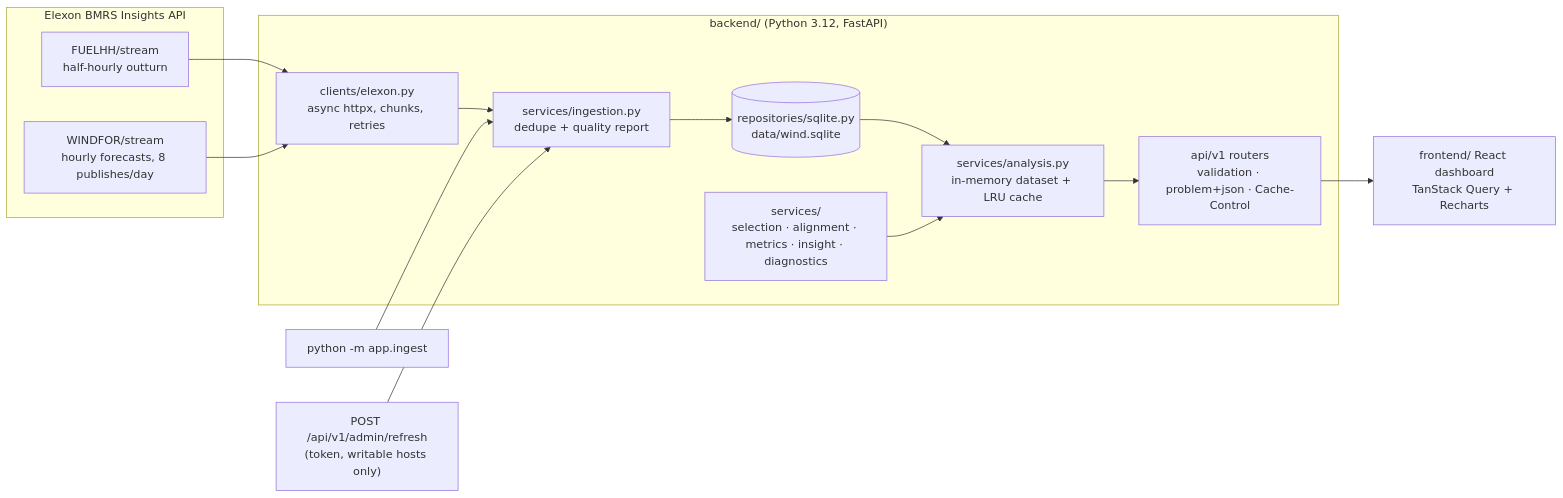
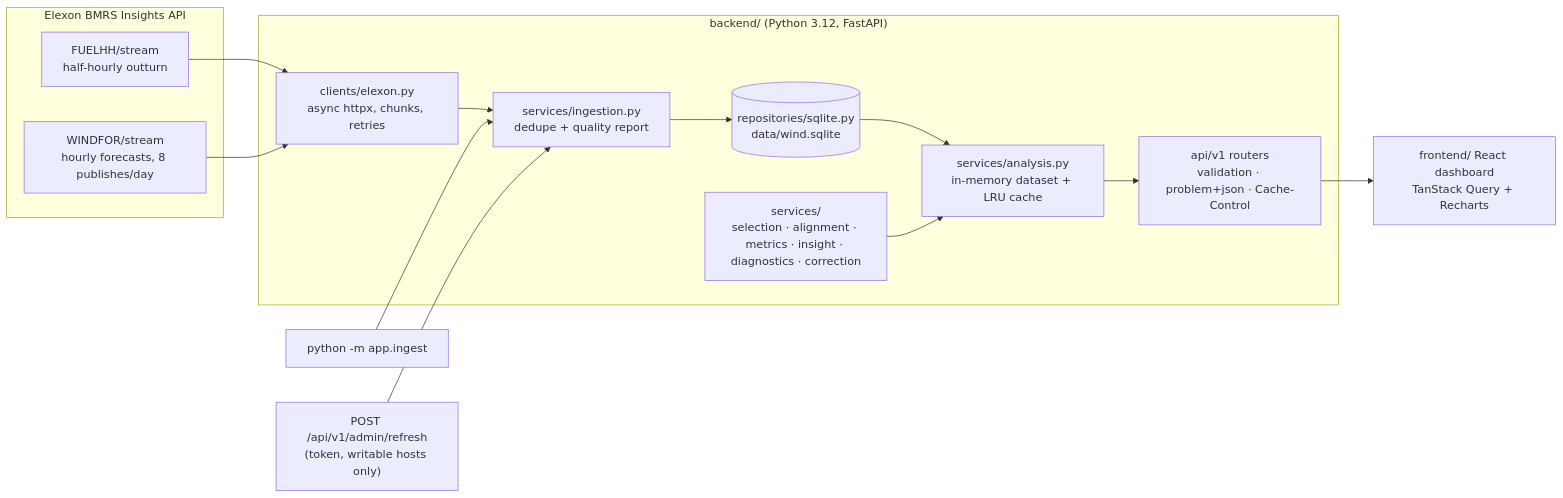
The first of 2 diagrams in docs/architecture.md (rudranshchouksey/wind-forecast-monitor), drawn with Mermaid before and after one commit. The commit also changed other lines of this file and 9 other files, not shown here.

````diff
--- a/docs/architecture.md
+++ b/docs/architecture.md
@@ -5,24 +5,24 @@
 ```mermaid
 flowchart LR
     subgraph Elexon["Elexon BMRS Insights API"]
         F[FUELHH/stream<br/>half-hourly outturn]
         W[WINDFOR/stream<br/>hourly forecasts, 8 publishes/day]
     end
 
     subgraph Backend["backend/ (Python 3.12, FastAPI)"]
         C[clients/elexon.py<br/>async httpx, chunks, retries]
         I[services/ingestion.py<br/>dedupe + quality report]
         R[(repositories/sqlite.py<br/>data/wind.sqlite)]
-        S[services/<br/>selection · alignment · metrics · insight · diagnostics]
+        S[services/<br/>selection · alignment · metrics · insight · diagnostics · correction]
         A[services/analysis.py<br/>in-memory dataset + LRU cache]
         API[api/v1 routers<br/>validation · problem+json · Cache-Control]
     end
 
     UI[frontend/ React dashboard<br/>TanStack Query + Recharts]
 
     F & W --> C --> I --> R
     R --> A
     S --> A --> API --> UI
     CLI["python -m app.ingest"] --> I
     REF["POST /api/v1/admin/refresh<br/>(token, writable hosts only)"] --> I
 ```
````
